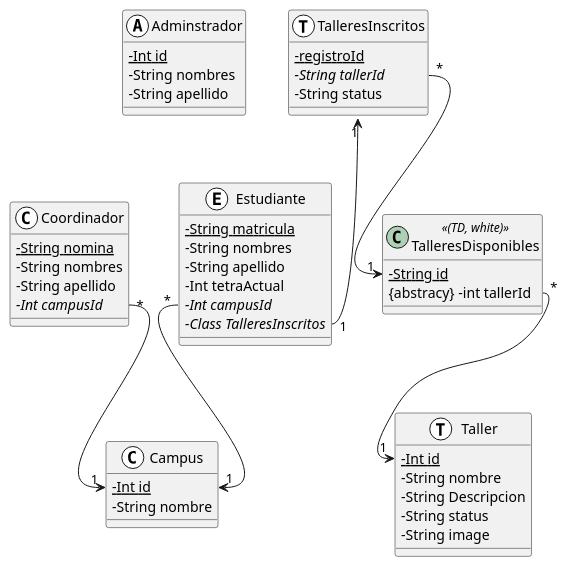
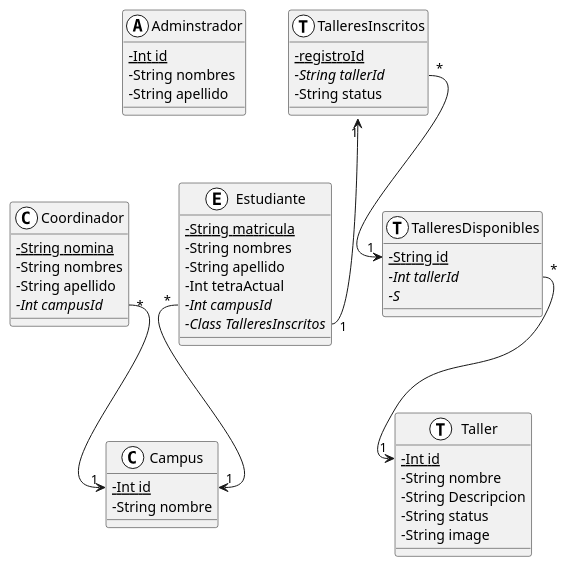
Before and after one commit to facund015/codeRelatedObsidianNotes: the diagram in Reto/Base de datos.md, drawn with PlantUML. The commit also changed 1 other file, not shown here.

Commit message:
vault backup: 2021-10-12 12:47:25

````diff
--- a/Reto/Base de datos.md
+++ b/Reto/Base de datos.md
@@ -2,61 +2,62 @@
 ```plantuml
 @startuml
 skinparam classAttributeIconSize 0
 
 class Adminstrador <<(A,white)>> {
 	{static} -Int id
 	-String nombres
 	-String apellido
 }
 
 class Estudiante <<(E,white)>> {
 	{static} - String matricula
 	-String nombres
 	-String apellido
 	-Int tetraActual
 	{abstract} -Int campusId
 	{abstract} -Class TalleresInscritos
 }
 
 class Campus <<(C,white)>> {
 	{static} -Int id
 	-String nombre
 }
 
 class TalleresInscritos <<(T,white)>> {
 	{static} -registroId 
 	{abstract} -String tallerId
 	-String status
 }
 
 class Coordinador <<(C,white)>> {
 	{static} -String nomina
 	-String nombres
 	-String apellido
 	{abstract} -Int campusId
 }
 
 class Taller <<(T,white)>> {
     {static} -Int id 
     - String nombre
 	- String Descripcion
     - String status
     - String image
 }
 
-class TalleresDisponibles <<(TD, white)>> {
+class TalleresDisponibles <<(T, white)>> {
 	{static} -String id
-	{abstracy} -int tallerId
+	{abstract} -Int tallerId
+	{abstract} -S
 }
 
 
 
 
 TalleresInscritos "1" <-- "1" Estudiante::TalleresInscritos
 TalleresInscritos::tallerId "*" --> "1" TalleresDisponibles::id
 TalleresDisponibles::tallerId "*" --> "1" Taller::id
 Estudiante::campusId "*" --> "1" Campus::id
 Coordinador::campusId "*" --> "1" Campus::id 
 
 @enduml
 ```
````
